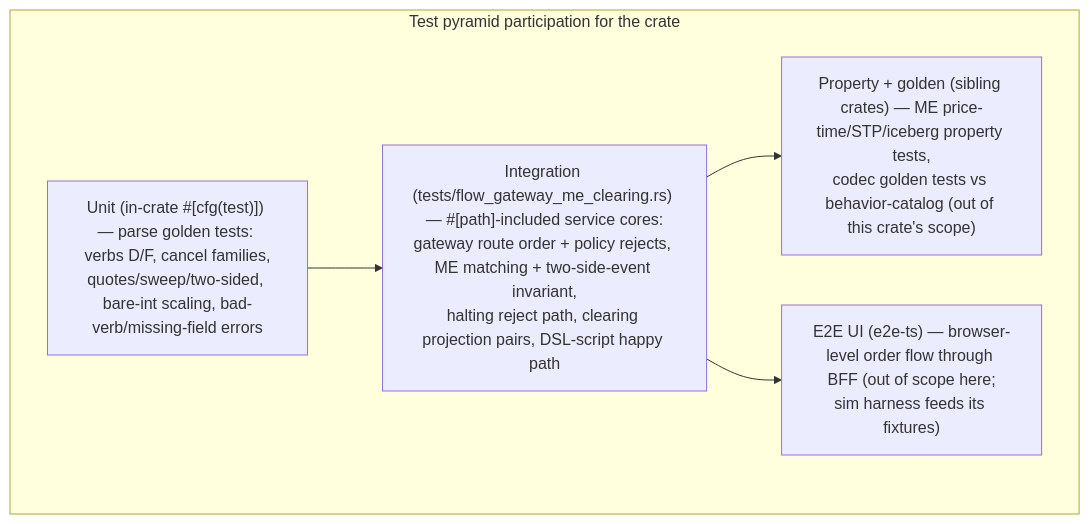
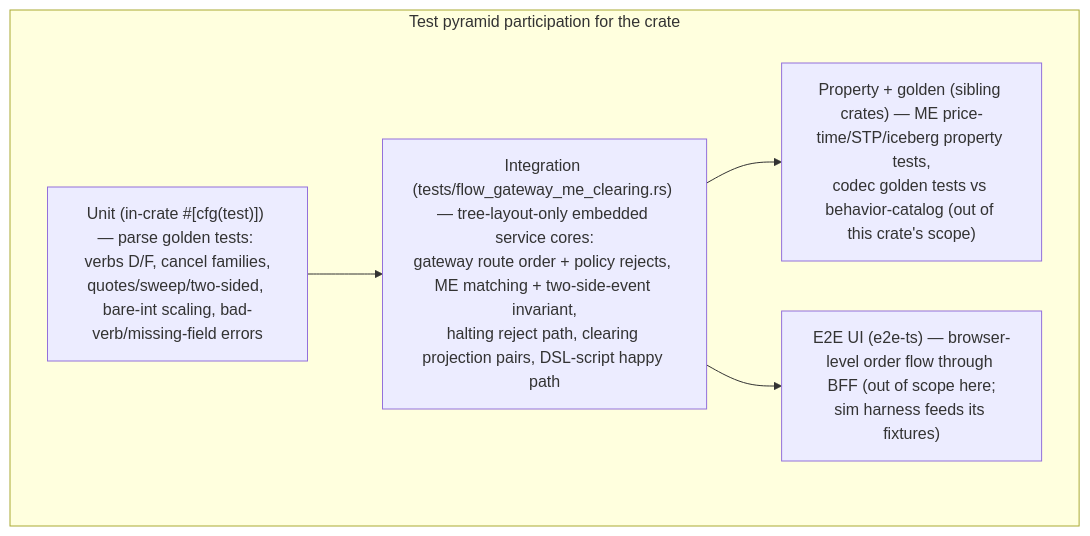
Before and after one commit to Exchange8-dev/exchange8-sdk: the sixth of 6 diagrams in crates/sim-harness/DESIGN.md, drawn with Mermaid. The commit also changed other lines of this file and 2 other files, not shown here.

First line of the commit message:
fix: sim-harness flow-test embeds via include! (tree-layout only, FMTX-1)

````diff
--- a/crates/sim-harness/DESIGN.md
+++ b/crates/sim-harness/DESIGN.md
@@ -343,11 +344,11 @@
 ```mermaid
 graph TD
     subgraph PYR["Test pyramid participation for the crate"]
         U["Unit (in-crate #[cfg(test)]) — parse golden tests: verbs D/F, cancel families,<br/>quotes/sweep/two-sided, bare-int scaling, bad-verb/missing-field errors"]
-        I["Integration (tests/flow_gateway_me_clearing.rs) — #[path]-included service cores:<br/>gateway route order + policy rejects, ME matching + two-side-event invariant,<br/>halting reject path, clearing projection pairs, DSL-script happy path"]
+        I["Integration (tests/flow_gateway_me_clearing.rs) — tree-layout-only embedded service cores:<br/>gateway route order + policy rejects, ME matching + two-side-event invariant,<br/>halting reject path, clearing projection pairs, DSL-script happy path"]
         P["Property + golden (sibling crates) — ME price-time/STP/iceberg property tests,<br/>codec golden tests vs behavior-catalog (out of this crate's scope)"]
         E["E2E UI (e2e-ts) — browser-level order flow through BFF (out of scope here;<br/>sim harness feeds its fixtures)"]
     end
     U --> I --> P
     I --> E
 ```
````
